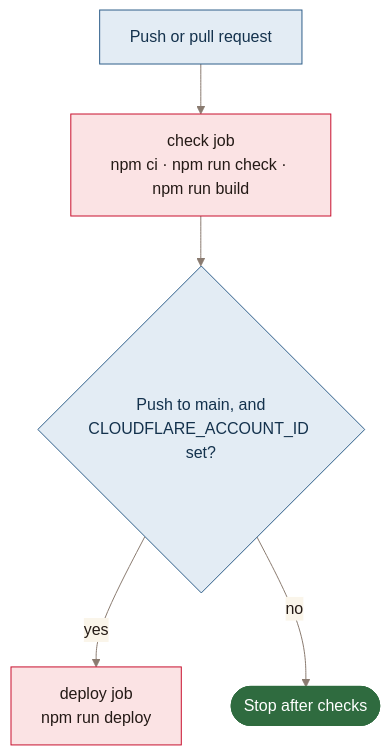
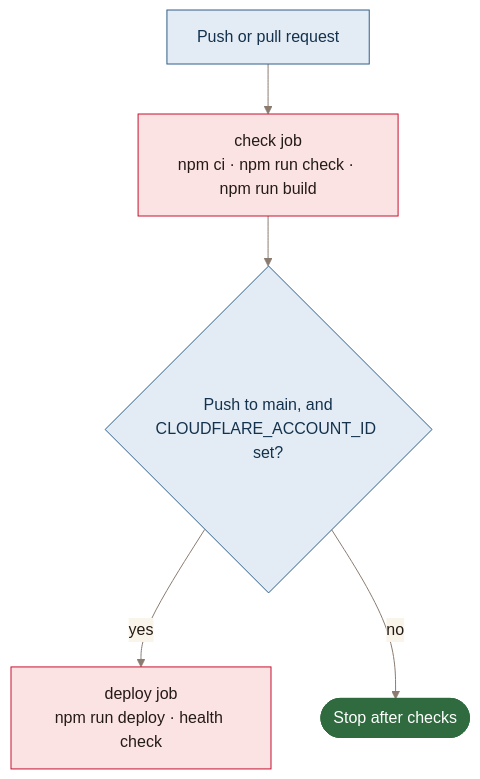
The third of 4 diagrams in docs/operations.md (Alasmawi/Barada-Cafe), drawn with Mermaid before and after one commit. The commit also changed other lines of this file and 5 other files, not shown here.

````diff
--- a/docs/operations.md
+++ b/docs/operations.md
@@ -115,18 +115,18 @@
 ```mermaid
 %%{init: {'theme': 'base', 'themeVariables': {'fontFamily': 'Archivo, Helvetica, Arial, sans-serif', 'primaryColor': '#fffdf8', 'primaryTextColor': '#241a16', 'primaryBorderColor': '#c8102e', 'secondaryColor': '#fbe3e4', 'tertiaryColor': '#faf5ea', 'lineColor': '#8a7b70', 'clusterBkg': '#faf5ea', 'clusterBorder': '#e6dccb', 'edgeLabelBackground': '#faf5ea', 'titleColor': '#241a16', 'actorBkg': '#fffdf8', 'actorBorder': '#c8102e', 'actorTextColor': '#241a16', 'signalColor': '#8a7b70', 'signalTextColor': '#8a7b70', 'labelBoxBkgColor': '#fbe9bf', 'noteBkgColor': '#fbe9bf', 'noteBorderColor': '#f2b632', 'pie1': '#2f6b3f', 'pie2': '#f2b632', 'pie3': '#c8102e', 'pieStrokeColor': '#fffdf8', 'pieOuterStrokeColor': '#e6dccb'}}}%%
 flowchart TD
   P["Push or pull request"] --> C["check job<br/>npm ci · npm run check · npm run build"]
   C --> Q{"Push to main, and<br/>CLOUDFLARE_ACCOUNT_ID set?"}
-  Q -- yes --> D["deploy job<br/>npm run deploy"]
+  Q -- yes --> D["deploy job<br/>npm run deploy · health check"]
   Q -- no --> S(["Stop after checks"])
   classDef biz fill:#f2b632,stroke:#2a1b05,color:#2a1b05
   classDef cre fill:#e2efe2,stroke:#2f6b3f,color:#1f3317
   classDef plat fill:#fbe3e4,stroke:#c8102e,color:#241a16
   classDef data fill:#241a16,stroke:#241a16,color:#faf5ea
   classDef ext fill:#e3ecf4,stroke:#2f5f8a,color:#14324d
   classDef ok fill:#2f6b3f,stroke:#2f6b3f,color:#ffffff
   class P ext
   class C,D plat
   class Q ext
   class S ok
 ```
````
